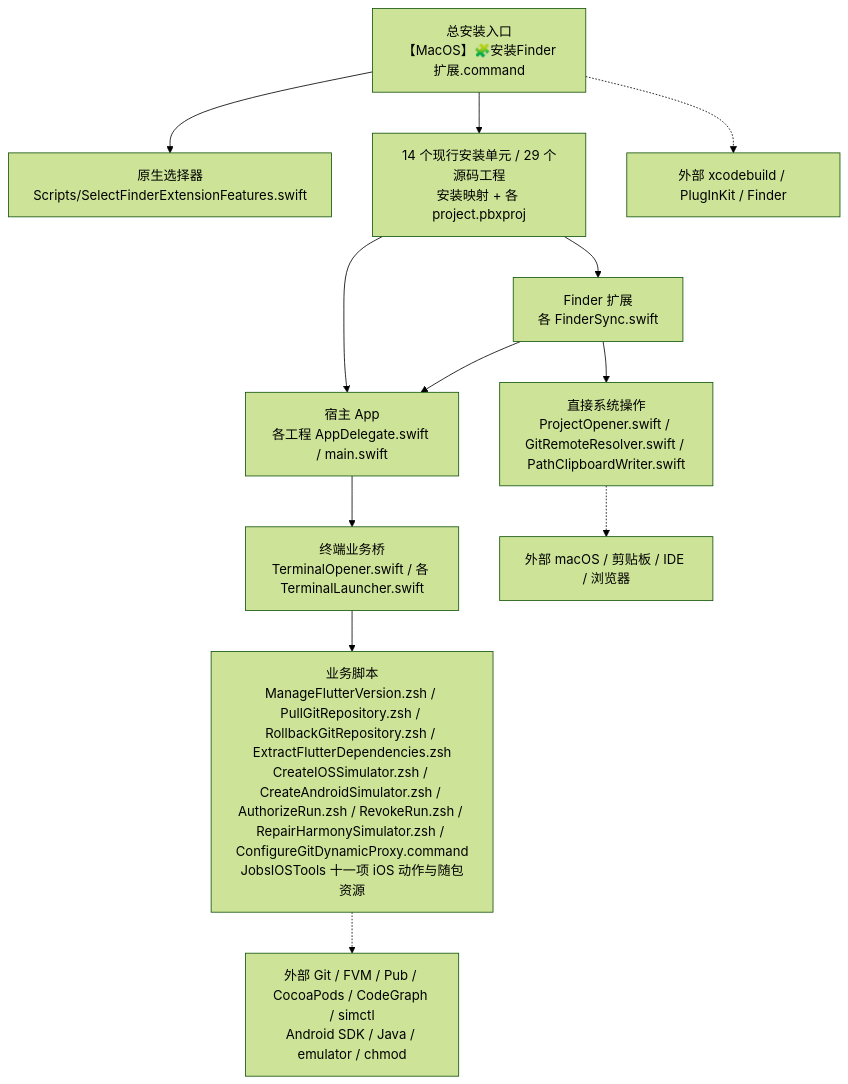
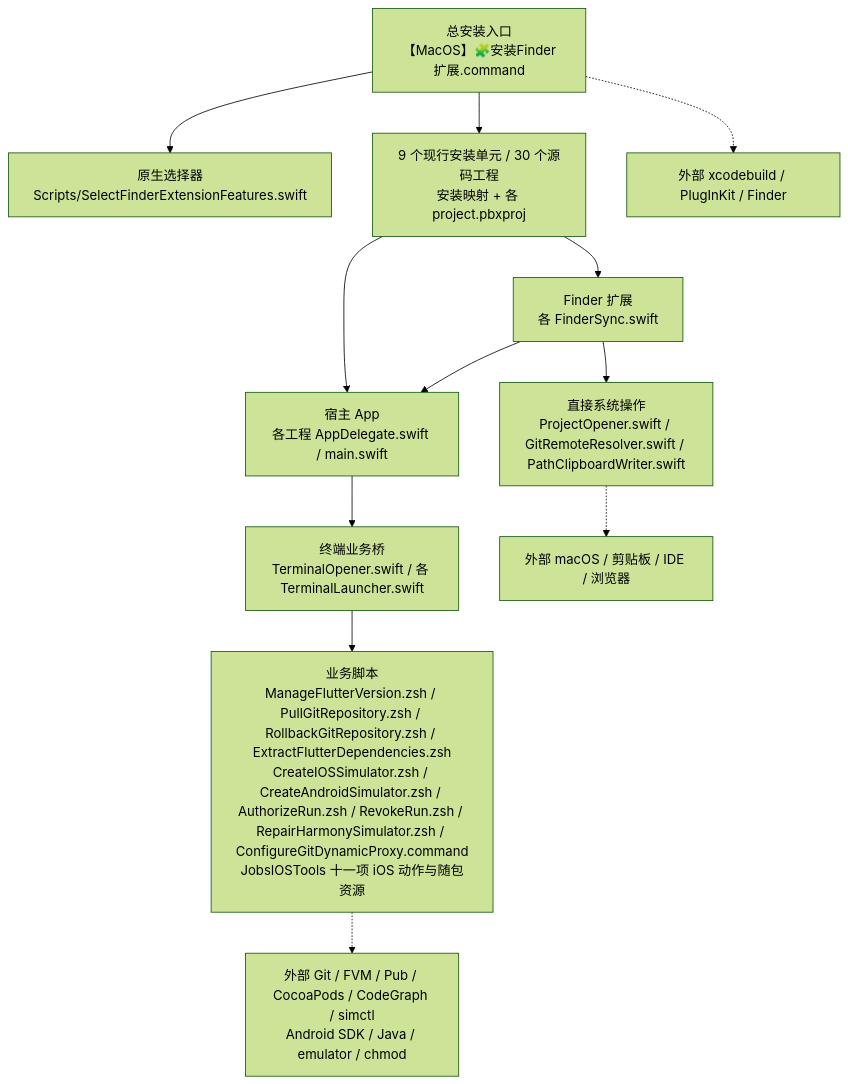
Before and after one commit to JobsKits/MacOS_Extension: the first of 3 diagrams in README.md, drawn with Mermaid (forest theme). The commit also changed other lines of this file and 99 other files, not shown here.

````diff
--- a/README.md
+++ b/README.md
@@ -437,14 +443,14 @@
 ```mermaid
 flowchart TD
     A["总安装入口<br/>【MacOS】🧩安装Finder扩展.command"] --> B["原生选择器<br/>Scripts/SelectFinderExtensionFeatures.swift"]
-    A --> C["14 个现行安装单元 / 29 个源码工程<br/>安装映射 + 各 project.pbxproj"]
+    A --> C["9 个现行安装单元 / 30 个源码工程<br/>安装映射 + 各 project.pbxproj"]
     C --> D["宿主 App<br/>各工程 AppDelegate.swift / main.swift"]
     C --> E["Finder 扩展<br/>各 FinderSync.swift"]
     E --> F["直接系统操作<br/>ProjectOpener.swift / GitRemoteResolver.swift / PathClipboardWriter.swift"]
     E --> D
     D --> G["终端业务桥<br/>TerminalOpener.swift / 各 TerminalLauncher.swift"]
     G --> H["业务脚本<br/>ManageFlutterVersion.zsh / PullGitRepository.zsh / RollbackGitRepository.zsh / ExtractFlutterDependencies.zsh<br/>CreateIOSSimulator.zsh / CreateAndroidSimulator.zsh / AuthorizeRun.zsh / RevokeRun.zsh / RepairHarmonySimulator.zsh / ConfigureGitDynamicProxy.command<br/>JobsIOSTools 十一项 iOS 动作与随包资源"]
     F -.-> I["外部 macOS / 剪贴板 / IDE / 浏览器"]
     H -.-> J["外部 Git / FVM / Pub / CocoaPods / CodeGraph / simctl<br/>Android SDK / Java / emulator / chmod"]
     A -.-> K["外部 xcodebuild / PlugInKit / Finder"]
 ```
````
